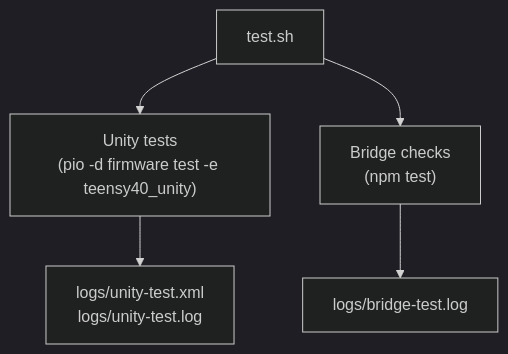
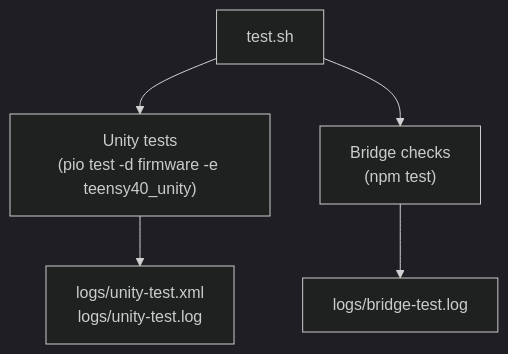
The diagram in docs/validation/TESTING.md (bseverns/MOARkNOBS-42), drawn with Mermaid (dark theme) before and after one commit. The commit also changed other lines of this file and 23 other files, not shown here.

````diff
--- a/docs/validation/TESTING.md
+++ b/docs/validation/TESTING.md
@@ -201,7 +201,7 @@
 ```mermaid
 flowchart TD
-  T["`test.sh`"] --> U["Unity tests\n(pio -d firmware test -e teensy40_unity)"]
+  T["`test.sh`"] --> U["Unity tests\n(pio test -d firmware -e teensy40_unity)"]
   T --> B["Bridge checks\n(npm test)"]
   U --> UL["logs/unity-test.xml\nlogs/unity-test.log"]
   B --> BL["logs/bridge-test.log"]
 ```
````
